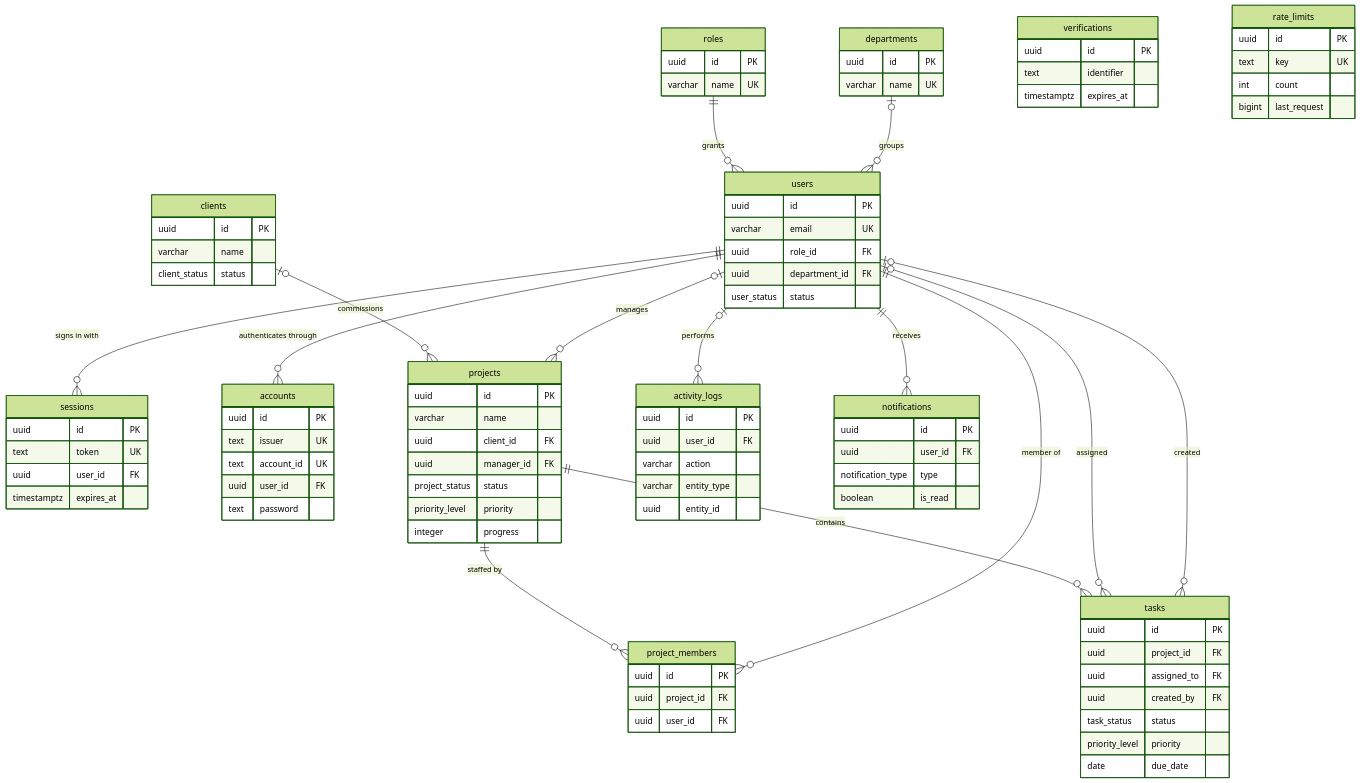
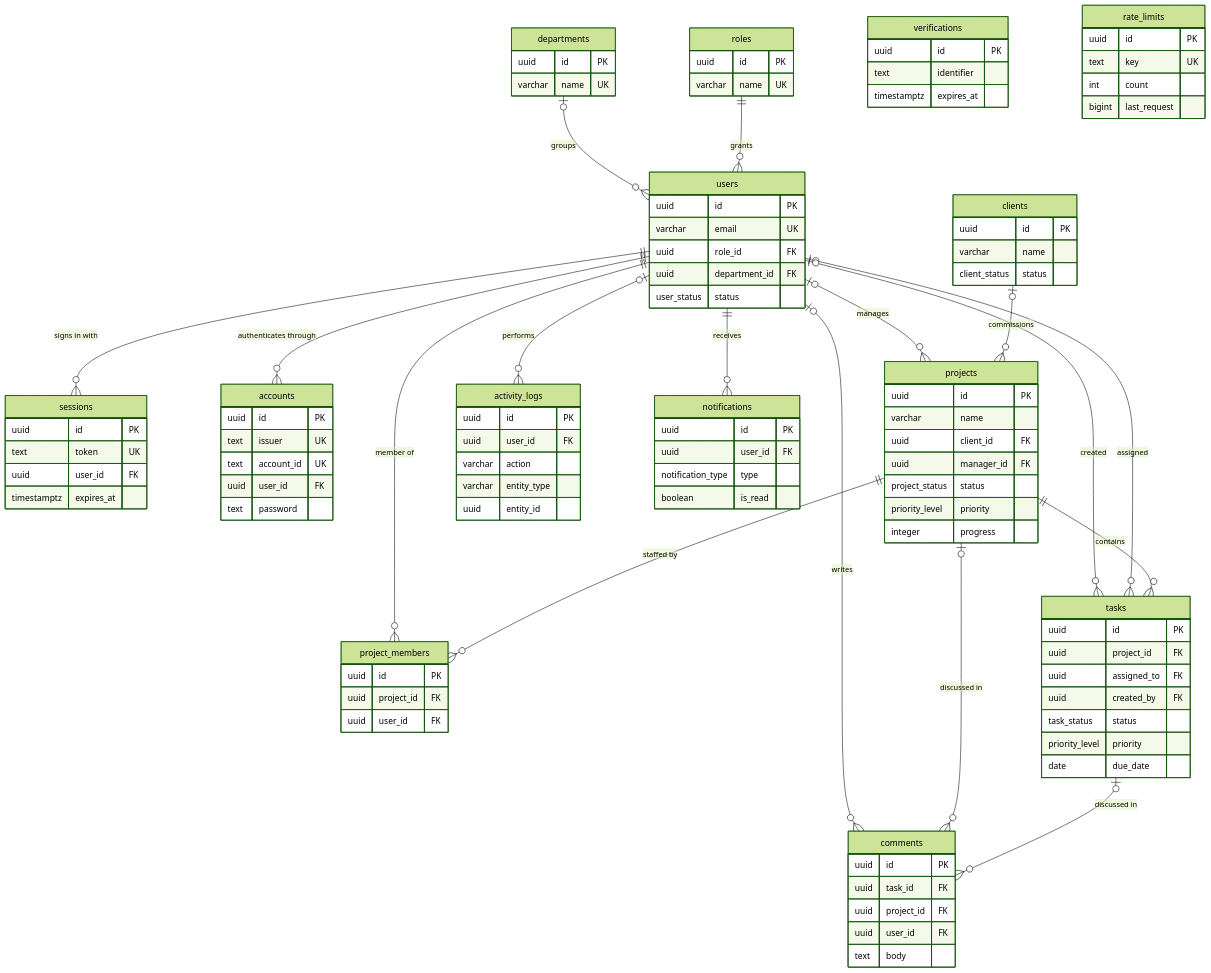
One commit to Ndet0/find-my-org changed the diagram in docs/db_schema.md. Above: the diagram before and after it, drawn with Mermaid (forest theme). The commit also changed other lines of this file and 20 other files, not shown here.

Commit message:
Add comment threads on tasks and projects

````diff
--- a/docs/db_schema.md
+++ b/docs/db_schema.md
@@ -122,6 +122,14 @@
         boolean is_read
     }
 
+    comments {
+        uuid id PK
+        uuid task_id FK
+        uuid project_id FK
+        uuid user_id FK
+        text body
+    }
+
     roles           ||--o{ users           : "grants"
     departments     |o--o{ users           : "groups"
     users           ||--o{ sessions        : "signs in with"
@@ -135,4 +143,7 @@
     users           |o--o{ tasks           : "created"
     users           |o--o{ activity_logs   : "performs"
     users           ||--o{ notifications   : "receives"
+    tasks           |o--o{ comments        : "discussed in"
+    projects        |o--o{ comments        : "discussed in"
+    users           |o--o{ comments        : "writes"
 ```
````
